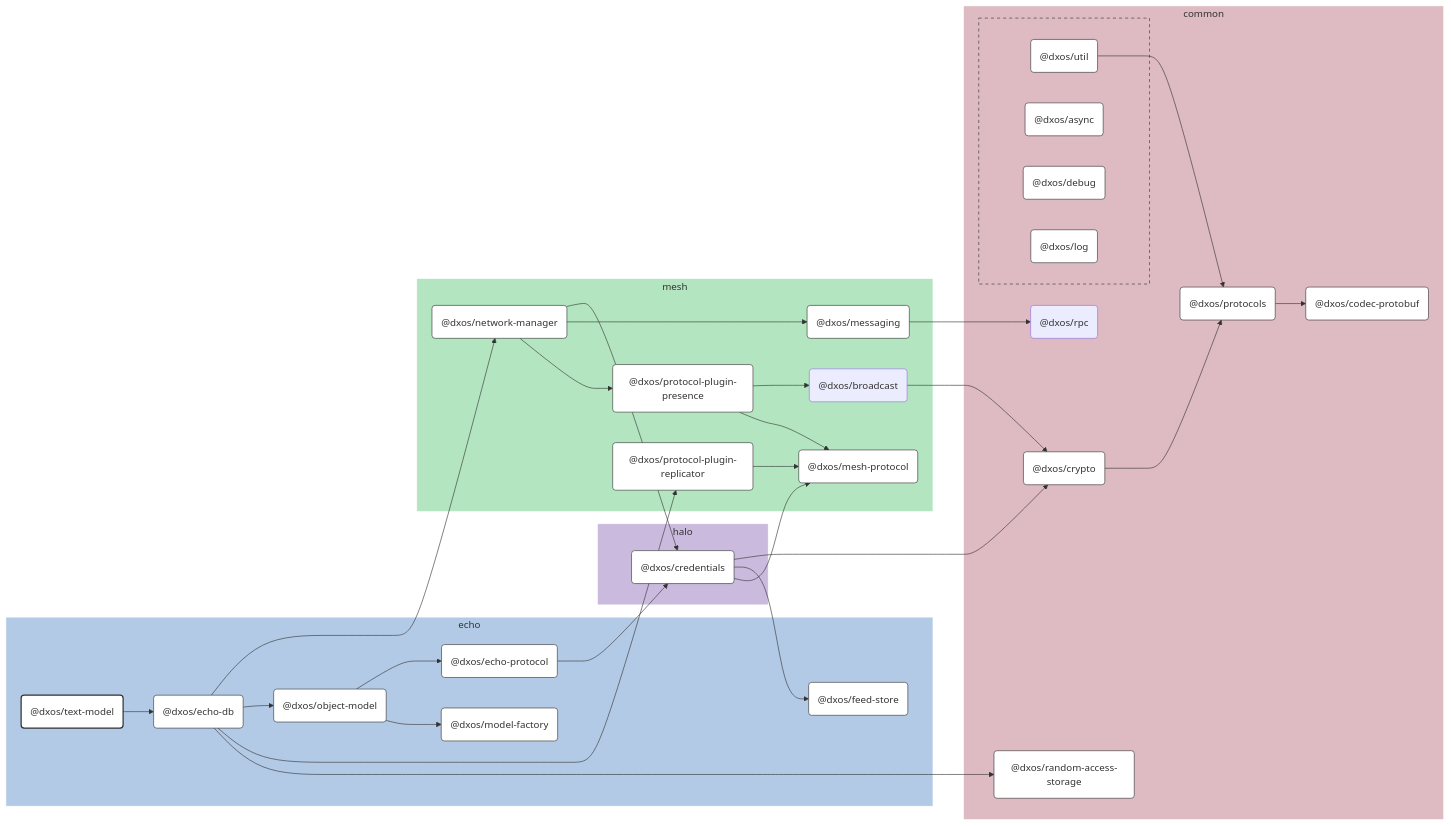
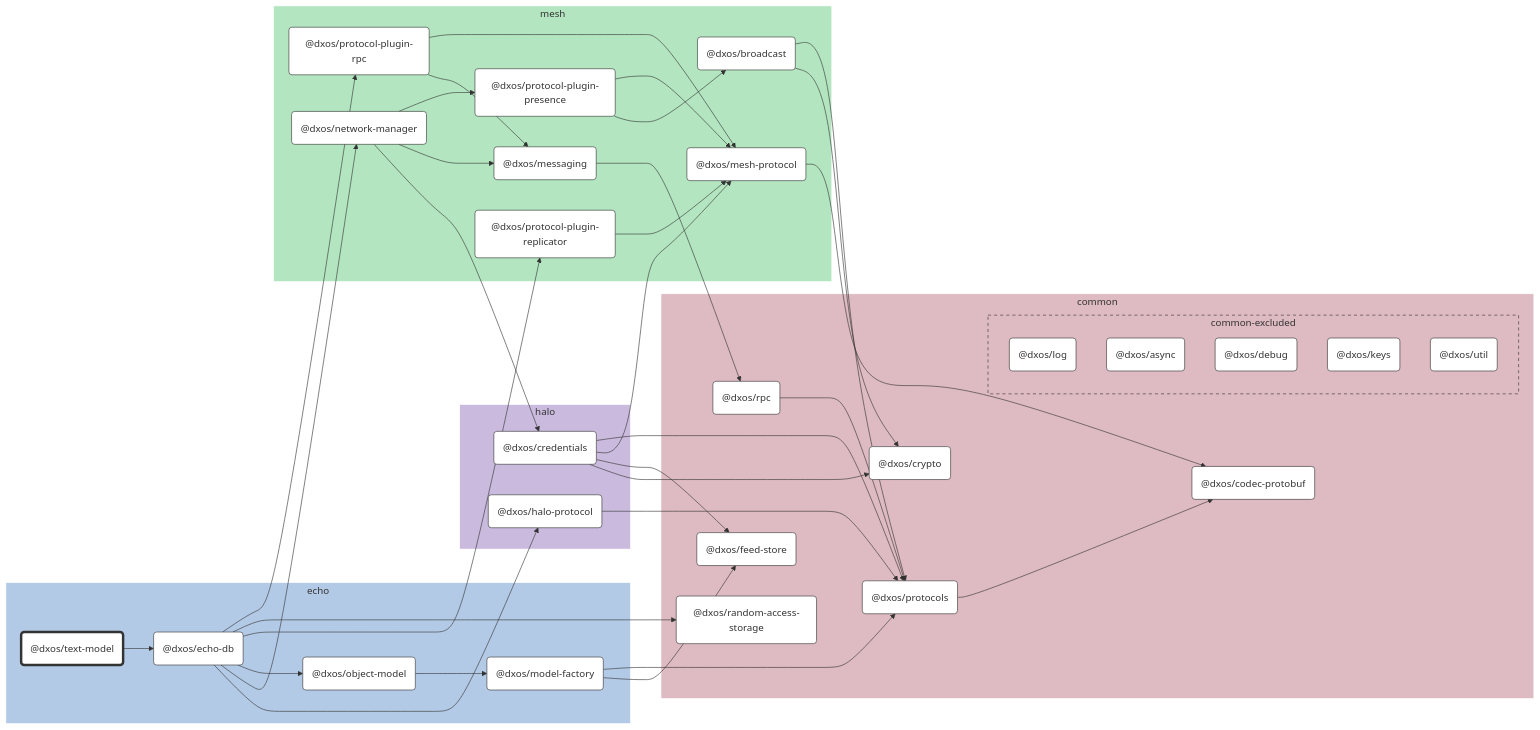
The diagram in packages/echo/text-model/docs/README.md (dxos/dxos), drawn with Mermaid before and after one commit. The commit also changed other lines of this file and 683 other files, not shown here.

````diff
--- a/packages/echo/text-model/docs/README.md
+++ b/packages/echo/text-model/docs/README.md
@@ -9,124 +9,109 @@
 
 flowchart LR
 
-%% Links
-dxos/broadcast --> dxos/crypto;
-dxos/credentials --> dxos/crypto;
-dxos/credentials --> dxos/feed-store;
-dxos/credentials --> dxos/mesh-protocol;
-dxos/crypto --> dxos/protocols;
-dxos/echo-db --> dxos/network-manager;
-dxos/echo-db --> dxos/object-model;
-dxos/echo-db --> dxos/protocol-plugin-replicator;
-dxos/echo-db --> dxos/random-access-storage;
-dxos/echo-protocol --> dxos/credentials;
-dxos/messaging --> dxos/rpc;
-dxos/network-manager --> dxos/credentials;
-dxos/network-manager --> dxos/messaging;
-dxos/network-manager --> dxos/protocol-plugin-presence;
-dxos/object-model --> dxos/echo-protocol;
-dxos/object-model --> dxos/model-factory;
-dxos/protocol-plugin-presence --> dxos/broadcast;
-dxos/protocol-plugin-presence --> dxos/mesh-protocol;
-dxos/protocol-plugin-replicator --> dxos/mesh-protocol;
-dxos/protocols --> dxos/codec-protobuf;
-dxos/text-model --> dxos/echo-db;
-dxos/util --> dxos/protocols;
+%% Classes
+classDef def fill:#fff,stroke:#333,stroke-width:1px
+classDef root fill:#fff,stroke:#333,stroke-width:4px
 
-%% Sections
-subgraph echo
-  style echo fill:#b3cae6,stroke:#fff;
+%% Nodes
 
-  dxos/echo-db("@dxos/echo-db")
-  dxos/echo-protocol("@dxos/echo-protocol")
-  dxos/feed-store("@dxos/feed-store")
-  dxos/model-factory("@dxos/model-factory")
-  dxos/object-model("@dxos/object-model")
-  dxos/text-model("@dxos/text-model")
+subgraph echo [echo]
+  style echo fill:#b3cae6,stroke:#fff
+  dxos/text-model("@dxos/text-model"):::root
+  click dxos/text-model "dxos/dxos/tree/main/packages/echo/text-model/docs"
+  dxos/echo-db("@dxos/echo-db"):::def
+  click dxos/echo-db "dxos/dxos/tree/main/packages/echo/echo-db/docs"
+  dxos/model-factory("@dxos/model-factory"):::def
+  click dxos/model-factory "dxos/dxos/tree/main/packages/echo/model-factory/docs"
+  dxos/object-model("@dxos/object-model"):::def
+  click dxos/object-model "dxos/dxos/tree/main/packages/echo/object-model/docs"
 end
 
-subgraph common
-  style common fill:#debac2,stroke:#fff;
+subgraph common [common]
+  style common fill:#debac2,stroke:#fff
+  dxos/codec-protobuf("@dxos/codec-protobuf"):::def
+  click dxos/codec-protobuf "dxos/dxos/tree/main/packages/common/codec-protobuf/docs"
+  dxos/crypto("@dxos/crypto"):::def
+  click dxos/crypto "dxos/dxos/tree/main/packages/common/crypto/docs"
+  dxos/feed-store("@dxos/feed-store"):::def
+  click dxos/feed-store "dxos/dxos/tree/main/packages/common/feed-store/docs"
+  dxos/protocols("@dxos/protocols"):::def
+  click dxos/protocols "dxos/dxos/tree/main/packages/common/protocols/docs"
+  dxos/rpc("@dxos/rpc"):::def
+  click dxos/rpc "dxos/dxos/tree/main/packages/common/rpc/docs"
+  dxos/random-access-storage("@dxos/random-access-storage"):::def
+  click dxos/random-access-storage "dxos/dxos/tree/main/packages/common/random-access-storage/docs"
 
-  dxos/codec-protobuf("@dxos/codec-protobuf")
-  dxos/crypto("@dxos/crypto")
-  dxos/protocols("@dxos/protocols")
-  dxos/random-access-storage("@dxos/random-access-storage")
-  dxos/rpc("@dxos/rpc")
-
-  subgraph common-excluded [ ]
-    style common-excluded fill:#debac2,stroke:#333,stroke-dasharray:5 5;
-
-    dxos/async("@dxos/async")
-    dxos/debug("@dxos/debug")
-    dxos/log("@dxos/log")
-    dxos/util("@dxos/util")
+  subgraph common-excluded [common-excluded]
+    style common-excluded fill:#debac2,stroke:#333,stroke-dasharray:5 5
+    dxos/log("@dxos/log"):::def
+    click dxos/log "dxos/dxos/tree/main/packages/common/log/docs"
+    dxos/async("@dxos/async"):::def
+    click dxos/async "dxos/dxos/tree/main/packages/common/async/docs"
+    dxos/debug("@dxos/debug"):::def
+    click dxos/debug "dxos/dxos/tree/main/packages/common/debug/docs"
+    dxos/keys("@dxos/keys"):::def
+    click dxos/keys "dxos/dxos/tree/main/packages/common/keys/docs"
+    dxos/util("@dxos/util"):::def
+    click dxos/util "dxos/dxos/tree/main/packages/common/util/docs"
   end
 end
 
-subgraph halo
-  style halo fill:#cabade,stroke:#fff;
-
-  dxos/credentials("@dxos/credentials")
+subgraph halo [halo]
+  style halo fill:#cabade,stroke:#fff
+  dxos/credentials("@dxos/credentials"):::def
+  click dxos/credentials "dxos/dxos/tree/main/packages/halo/credentials/docs"
+  dxos/halo-protocol("@dxos/halo-protocol"):::def
+  click dxos/halo-protocol "dxos/dxos/tree/main/packages/halo/halo-protocol/docs"
 end
 
-subgraph mesh
-  style mesh fill:#b3e6c0,stroke:#fff;
-
-  dxos/broadcast("@dxos/broadcast")
-  dxos/mesh-protocol("@dxos/mesh-protocol")
-  dxos/messaging("@dxos/messaging")
-  dxos/network-manager("@dxos/network-manager")
-  dxos/protocol-plugin-presence("@dxos/protocol-plugin-presence")
-  dxos/protocol-plugin-replicator("@dxos/protocol-plugin-replicator")
+subgraph mesh [mesh]
+  style mesh fill:#b3e6c0,stroke:#fff
+  dxos/mesh-protocol("@dxos/mesh-protocol"):::def
+  click dxos/mesh-protocol "dxos/dxos/tree/main/packages/mesh/mesh-protocol/docs"
+  dxos/messaging("@dxos/messaging"):::def
+  click dxos/messaging "dxos/dxos/tree/main/packages/mesh/messaging/docs"
+  dxos/network-manager("@dxos/network-manager"):::def
+  click dxos/network-manager "dxos/dxos/tree/main/packages/mesh/network-manager/docs"
+  dxos/protocol-plugin-presence("@dxos/protocol-plugin-presence"):::def
+  click dxos/protocol-plugin-presence "dxos/dxos/tree/main/packages/mesh/protocol-plugin-presence/docs"
+  dxos/broadcast("@dxos/broadcast"):::def
+  click dxos/broadcast "dxos/dxos/tree/main/packages/mesh/broadcast/docs"
+  dxos/protocol-plugin-replicator("@dxos/protocol-plugin-replicator"):::def
+  click dxos/protocol-plugin-replicator "dxos/dxos/tree/main/packages/mesh/protocol-plugin-replicator/docs"
+  dxos/protocol-plugin-rpc("@dxos/protocol-plugin-rpc"):::def
+  click dxos/protocol-plugin-rpc "dxos/dxos/tree/main/packages/mesh/protocol-plugin-rpc/docs"
 end
 
-
-%% Hyperlinks
-click dxos/async "dxos/dxos/tree/main/packages/common/async/docs";
-click dxos/codec-protobuf "dxos/dxos/tree/main/packages/common/codec-protobuf/docs";
-click dxos/credentials "dxos/dxos/tree/main/packages/halo/credentials/docs";
-click dxos/crypto "dxos/dxos/tree/main/packages/common/crypto/docs";
-click dxos/debug "dxos/dxos/tree/main/packages/common/debug/docs";
-click dxos/echo-db "dxos/dxos/tree/main/packages/echo/echo-db/docs";
-click dxos/echo-protocol "dxos/dxos/tree/main/packages/echo/echo-protocol/docs";
-click dxos/feed-store "dxos/dxos/tree/main/packages/echo/feed-store/docs";
-click dxos/log "dxos/dxos/tree/main/packages/common/log/docs";
-click dxos/mesh-protocol "dxos/dxos/tree/main/packages/mesh/mesh-protocol/docs";
-click dxos/messaging "dxos/dxos/tree/main/packages/mesh/messaging/docs";
-click dxos/model-factory "dxos/dxos/tree/main/packages/echo/model-factory/docs";
-click dxos/network-manager "dxos/dxos/tree/main/packages/mesh/network-manager/docs";
-click dxos/object-model "dxos/dxos/tree/main/packages/echo/object-model/docs";
-click dxos/protocol-plugin-presence "dxos/dxos/tree/main/packages/mesh/protocol-plugin-presence/docs";
-click dxos/protocol-plugin-replicator "dxos/dxos/tree/main/packages/mesh/protocol-plugin-replicator/docs";
-click dxos/protocols "dxos/dxos/tree/main/packages/common/protocols/docs";
-click dxos/random-access-storage "dxos/dxos/tree/main/packages/common/random-access-storage/docs";
-click dxos/util "dxos/dxos/tree/main/packages/common/util/docs";
-
-%% Styles
-classDef rootNode fill:#fff,stroke:#333,stroke-width:2px
-classDef defaultNode fill:#fff,stroke:#333,stroke-width:1px
+%% Links
 linkStyle default stroke:#333,stroke-width:1px
-
-dxos/text-model:::rootNode
-
-dxos/async:::defaultNode
-dxos/codec-protobuf:::defaultNode
-dxos/credentials:::defaultNode
-dxos/crypto:::defaultNode
-dxos/debug:::defaultNode
-dxos/echo-db:::defaultNode
-dxos/echo-protocol:::defaultNode
-dxos/feed-store:::defaultNode
-dxos/log:::defaultNode
-dxos/mesh-protocol:::defaultNode
-dxos/messaging:::defaultNode
-dxos/model-factory:::defaultNode
-dxos/network-manager:::defaultNode
-dxos/object-model:::defaultNode
-dxos/protocol-plugin-presence:::defaultNode
-dxos/protocol-plugin-replicator:::defaultNode
-dxos/protocols:::defaultNode
-dxos/random-access-storage:::defaultNode
-dxos/util:::defaultNode
+dxos/text-model --> dxos/echo-db
+dxos/credentials --> dxos/crypto
+dxos/credentials --> dxos/feed-store
+dxos/credentials --> dxos/mesh-protocol
+dxos/mesh-protocol --> dxos/codec-protobuf
+dxos/credentials --> dxos/protocols
+dxos/protocols --> dxos/codec-protobuf
+dxos/echo-db --> dxos/halo-protocol
+dxos/halo-protocol --> dxos/protocols
+dxos/messaging --> dxos/rpc
+dxos/rpc --> dxos/protocols
+dxos/model-factory --> dxos/feed-store
+dxos/model-factory --> dxos/protocols
+dxos/echo-db --> dxos/network-manager
+dxos/network-manager --> dxos/credentials
+dxos/network-manager --> dxos/messaging
+dxos/network-manager --> dxos/protocol-plugin-presence
+dxos/protocol-plugin-presence --> dxos/broadcast
+dxos/broadcast --> dxos/crypto
+dxos/broadcast --> dxos/protocols
+dxos/protocol-plugin-presence --> dxos/mesh-protocol
+dxos/echo-db --> dxos/object-model
+dxos/object-model --> dxos/model-factory
+dxos/echo-db --> dxos/protocol-plugin-replicator
+dxos/protocol-plugin-replicator --> dxos/mesh-protocol
+dxos/echo-db --> dxos/random-access-storage
+dxos/echo-db --> dxos/protocol-plugin-rpc
+dxos/protocol-plugin-rpc --> dxos/messaging
+dxos/protocol-plugin-rpc --> dxos/mesh-protocol
 ```
````
